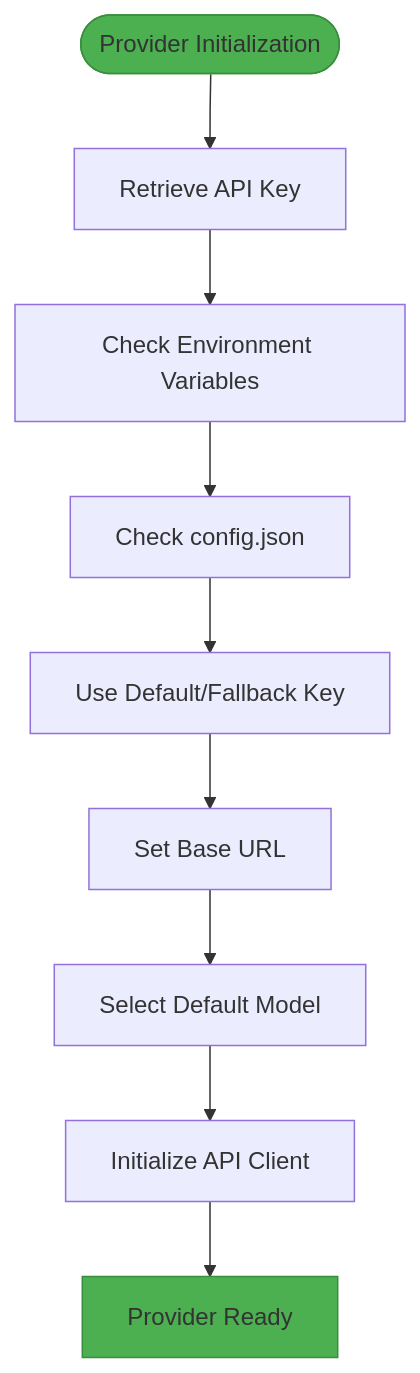
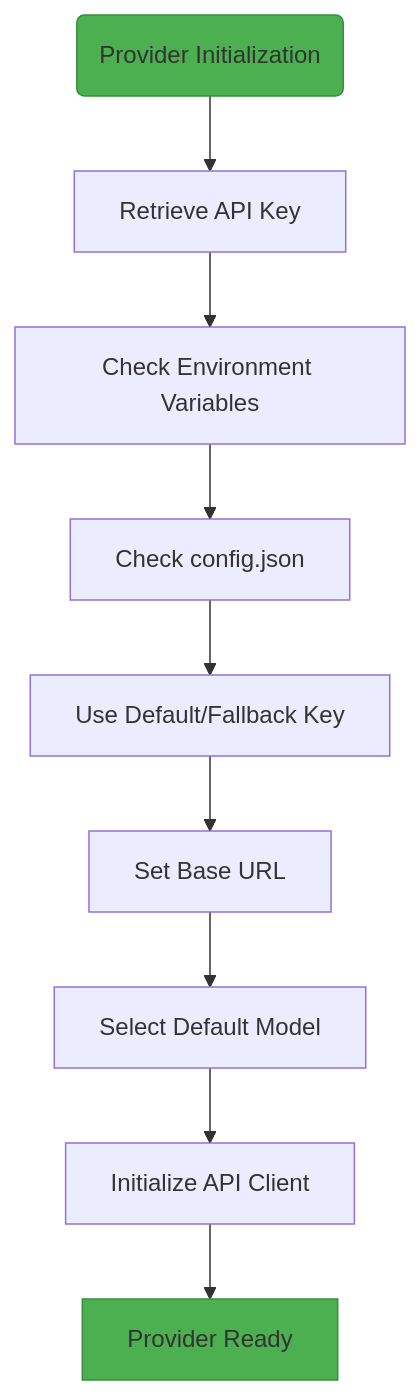
One commit to Likhithsai2580/RAVANA-WIKI changed the third of 4 diagrams in docs/LLM Integration/LLM Providers Configuration.md. Above: the diagram before and after it, drawn with Mermaid. The commit also changed other lines of this file and 31 other files, not shown here.

First line of the commit message:
Fix(docs): Correct Mermaid diagram syntax

````diff
--- a/docs/LLM Integration/LLM Providers Configuration.md
+++ b/docs/LLM Integration/LLM Providers Configuration.md
@@ -163,13 +163,13 @@
 ```mermaid
 flowchart TD
-InitStart([Provider Initialization]) --> KeyCheck["Retrieve API Key"]
+InitStart("Provider Initialization") --> KeyCheck["Retrieve API Key"]
 KeyCheck --> EnvVar["Check Environment Variables"]
 EnvVar --> ConfigFile["Check config.json"]
 ConfigFile --> Default["Use Default/Fallback Key"]
 Default --> URLConfig["Set Base URL"]
 URLConfig --> ModelSelect["Select Default Model"]
 ModelSelect --> ClientSetup["Initialize API Client"]
 ClientSetup --> Ready["Provider Ready"]
 style InitStart fill:#4CAF50,stroke:#388E3C
 style Ready fill:#4CAF50,stroke:#388E3C
 ```
````
